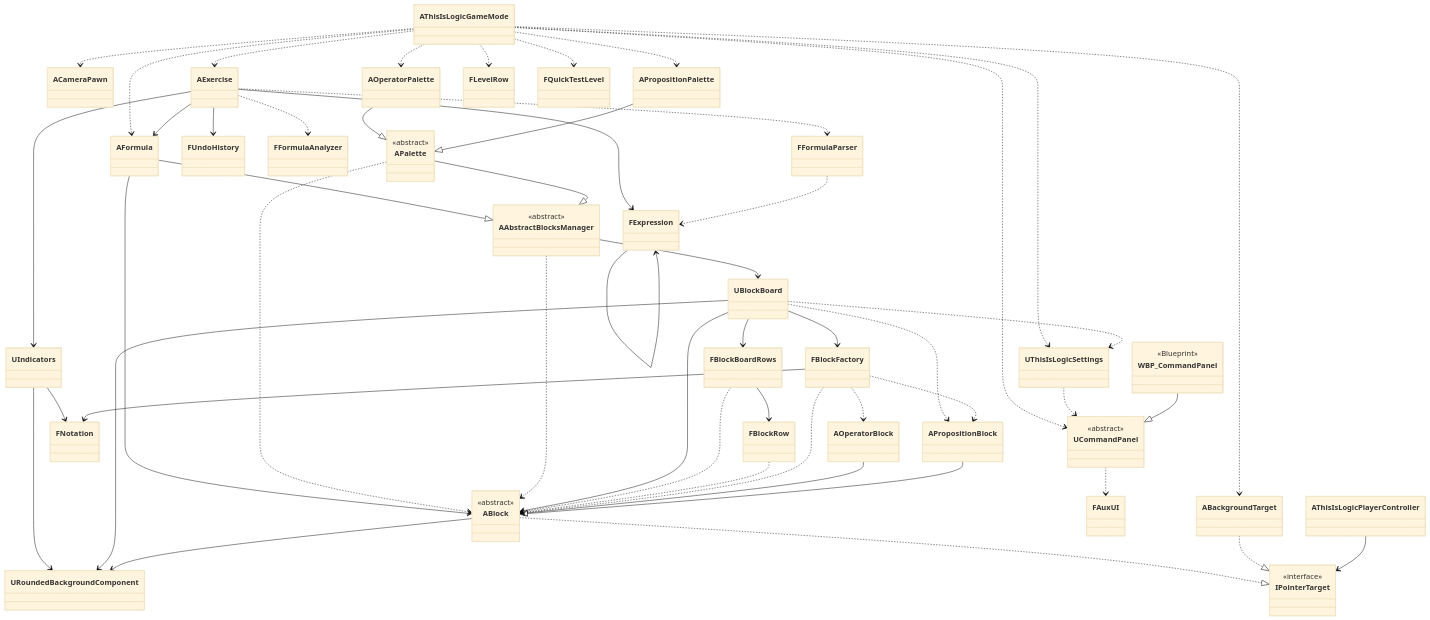
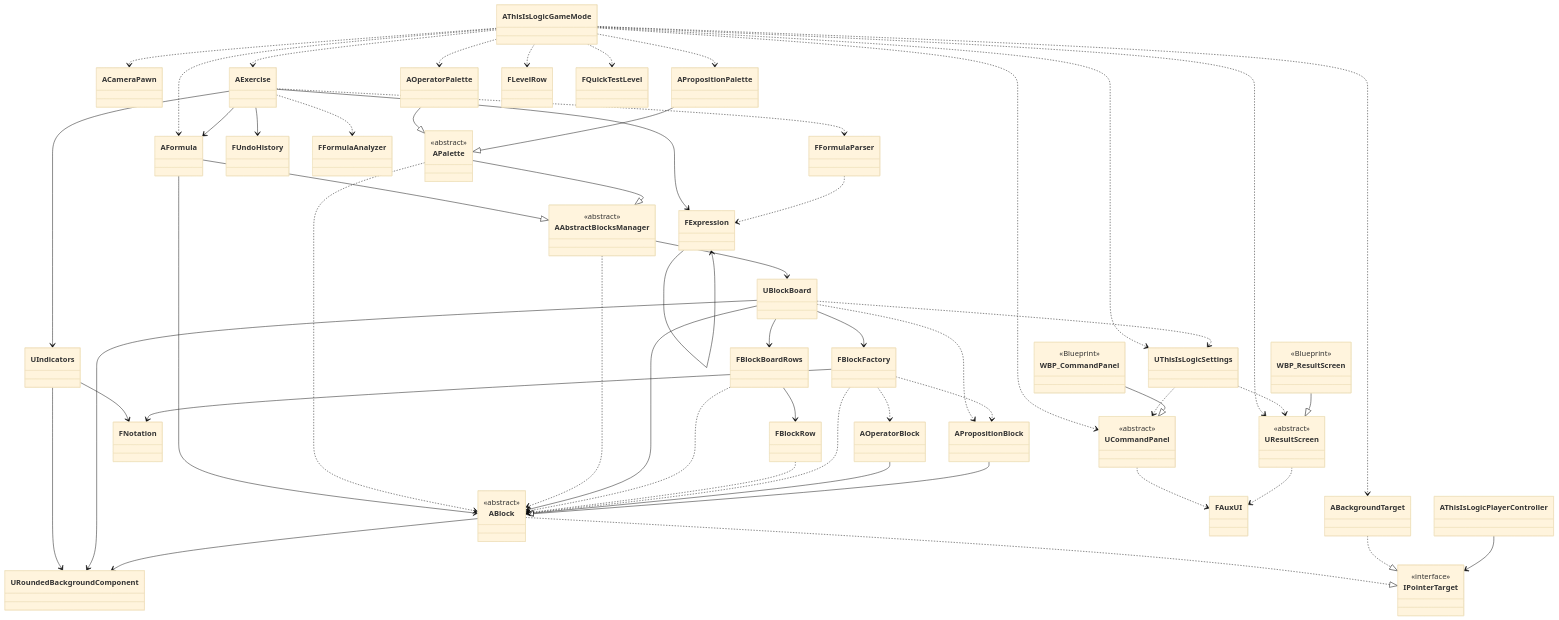
Before and after one commit to expn-pi/ThisIsLogic: the diagram in README.md, drawn with Mermaid (base theme). The commit also changed other lines of this file and 24 other files, not shown here.

````diff
--- a/README.md
+++ b/README.md
@@ -104,12 +107,19 @@
     class WBP_CommandPanel {
         <<Blueprint>>
     }
+    class UResultScreen {
+        <<abstract>>
+    }
+    class WBP_ResultScreen {
+        <<Blueprint>>
+    }
 
     AThisIsLogicGameMode ..> ACameraPawn
     AThisIsLogicGameMode ..> AFormula
     AThisIsLogicGameMode ..> ABackgroundTarget
     AThisIsLogicGameMode ..> AExercise
     AThisIsLogicGameMode ..> UCommandPanel
+    AThisIsLogicGameMode ..> UResultScreen
     AThisIsLogicGameMode ..> AOperatorPalette
     AThisIsLogicGameMode ..> APropositionPalette
     AThisIsLogicGameMode ..> UThisIsLogicSettings
@@ -164,6 +174,9 @@
     AThisIsLogicPlayerController --> IPointerTarget
 
     UThisIsLogicSettings ..> UCommandPanel
+    UThisIsLogicSettings ..> UResultScreen
     UCommandPanel ..> FAuxUI
+    UResultScreen ..> FAuxUI
     WBP_CommandPanel --|> UCommandPanel
+    WBP_ResultScreen --|> UResultScreen
 ```
````
